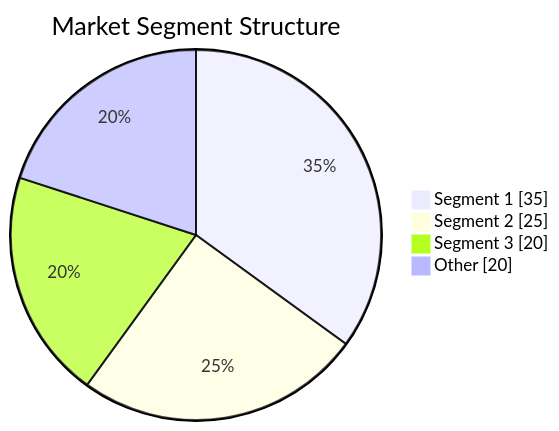
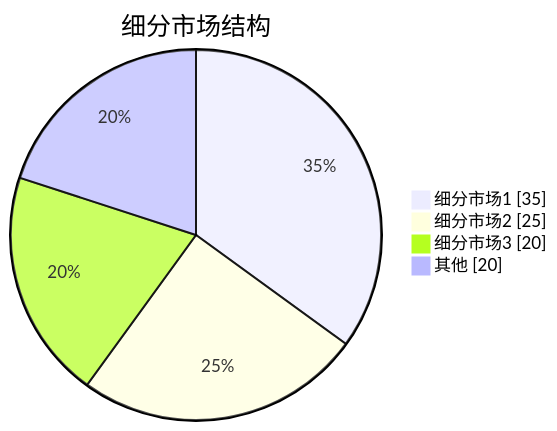
Before and after one commit to Kirky-X/cangjie: the first of 2 diagrams in templates/Product/Strategy/Template-Market-Research.md, drawn with Mermaid. The commit also changed other lines of this file and 33 other files, not shown here.

````diff
--- a/templates/Product/Strategy/Template-Market-Research.md
+++ b/templates/Product/Strategy/Template-Market-Research.md
@@ -225,8 +225,8 @@
 ```mermaid
 pie showData
-    title Market Segment Structure
-    "Segment 1" : 35
-    "Segment 2" : 25
-    "Segment 3" : 20
-    "Other" : 20
+    title 细分市场结构
+    "细分市场1" : 35
+    "细分市场2" : 25
+    "细分市场3" : 20
+    "其他" : 20
 ```
````
